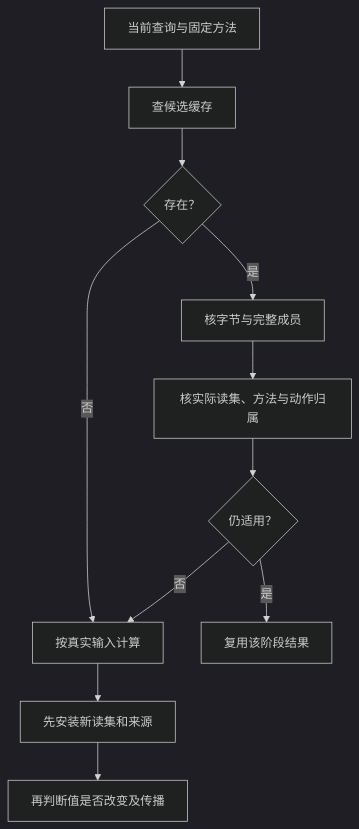
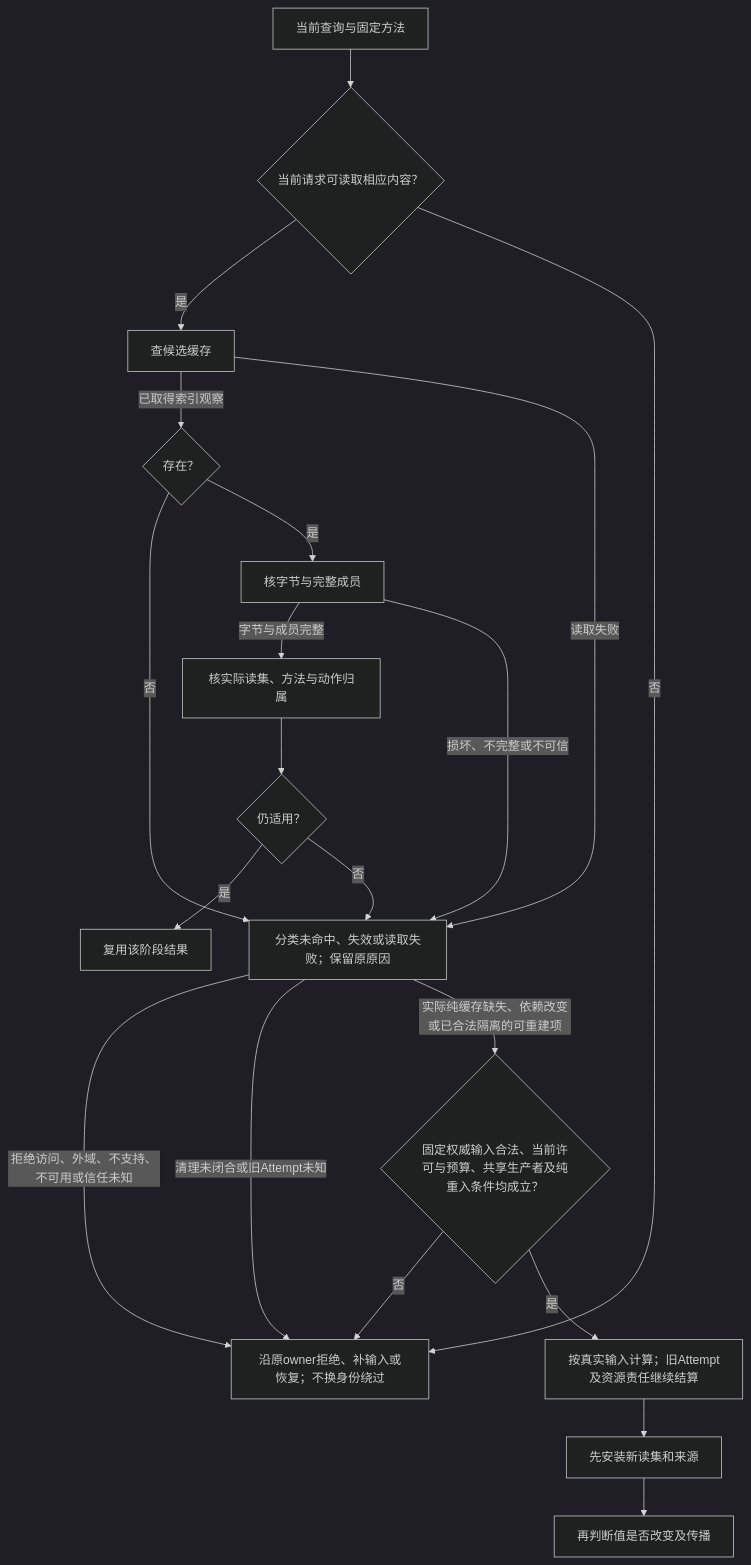
The seventh of 8 diagrams in docs/编译/查询增量与性能.md (sec-platform/sec), drawn with Mermaid (dark theme) before and after one commit. The commit also changed 15 other files, not shown here.

````diff
--- a/docs/编译/查询增量与性能.md
+++ b/docs/编译/查询增量与性能.md
@@ -852,13 +852,22 @@
 ```mermaid
 flowchart TB
- Key["当前查询与固定方法"] --> Lookup["查候选缓存"]
- Lookup --> Found{"存在？"}
- Found -->|否| Calc["按真实输入计算"]
+ Key["当前查询与固定方法"] --> Access{"当前请求可读取相应内容？"}
+ Access -->|是| Lookup["查候选缓存"]
+ Access -->|否| Recover
+ Lookup -->|已取得索引观察| Found{"存在？"}
+ Lookup -->|读取失败| Classify
+ Found -->|否| Classify["分类未命中、失效或读取失败；保留原原因"]
  Found -->|是| Content["核字节与完整成员"]
- Content --> Reads["核实际读集、方法与动作归属"]
+ Content -->|字节与成员完整| Reads["核实际读集、方法与动作归属"]
  Reads --> Valid{"仍适用？"}
  Valid -->|是| Reuse["复用该阶段结果"]
- Valid -->|否| Calc
+ Valid -->|否| Classify
+ Content -->|损坏、不完整或不可信| Classify
+ Classify -->|拒绝访问、外域、不支持、不可用或信任未知| Recover["沿原owner拒绝、补输入或恢复；不换身份绕过"]
+ Classify -->|清理未闭合或旧Attempt未知| Recover
+ Classify -->|实际纯缓存缺失、依赖改变或已合法隔离的可重建项| Admit{"固定权威输入合法、当前许可与预算、共享生产者及纯重入条件均成立？"}
+ Admit -->|否| Recover
+ Admit -->|是| Calc["按真实输入计算；旧Attempt及资源责任继续结算"]
  Calc --> Install["先安装新读集和来源"]
  Install --> Equal["再判断值是否改变及传播"]
 ```
````
